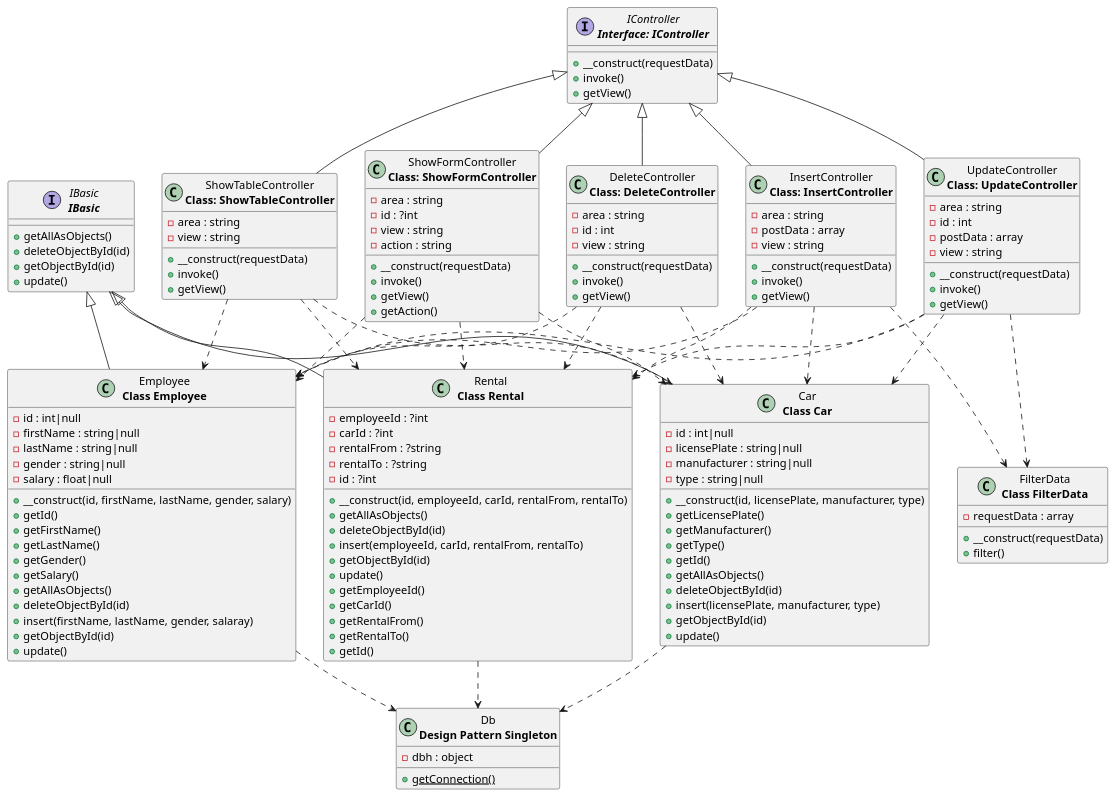
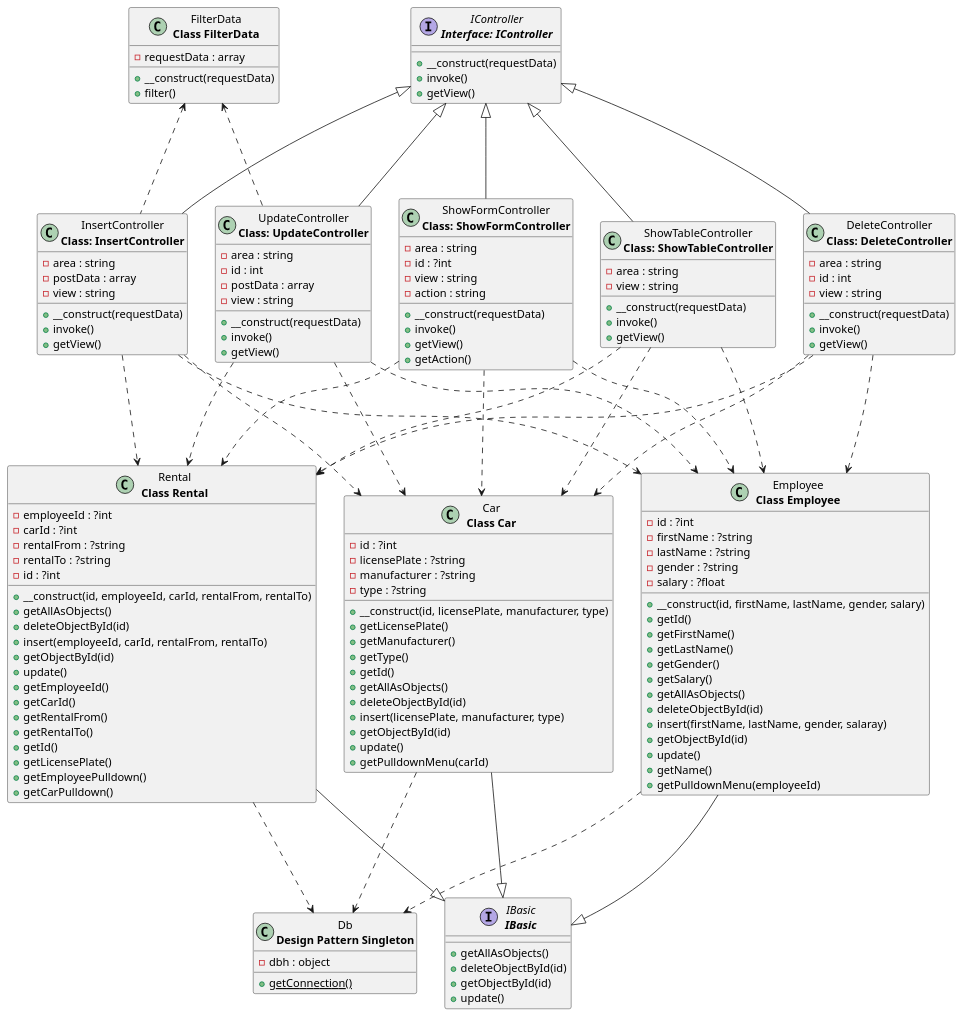
Before and after one commit to 23b00t/company: the diagram in doc/uml_classes.puml, drawn with PlantUML. The commit also changed 2 other files, not shown here.

Commit message:
updated UML class diagram and generated .png

```diff
--- a/doc/uml_classes.puml
+++ b/doc/uml_classes.puml
@@ -1,144 +1,150 @@
 @startuml
   class "Employee\n<b>Class Employee</b>" as Employee {
-    -id : int|null
-    -firstName : string|null
-    -lastName : string|null
-    -gender : string|null
-    -salary : float|null
+    -id : ?int
+    -firstName : ?string
+    -lastName : ?string
+    -gender : ?string
+    -salary : ?float
     +__construct(id, firstName, lastName, gender, salary)
     +getId()
     +getFirstName()
     +getLastName()
     +getGender()
     +getSalary()
     +getAllAsObjects()
     +deleteObjectById(id)
     +insert(firstName, lastName, gender, salaray)
     +getObjectById(id)
     +update()
+    +getName()
+    +getPulldownMenu(employeeId)
   }
   class "Rental\n<b>Class Rental</b>" as Rental {
     -employeeId : ?int
     -carId : ?int
     -rentalFrom : ?string
     -rentalTo : ?string
     -id : ?int
     +__construct(id, employeeId, carId, rentalFrom, rentalTo)
     +getAllAsObjects()
     +deleteObjectById(id)
     +insert(employeeId, carId, rentalFrom, rentalTo)
     +getObjectById(id)
     +update()
     +getEmployeeId()
     +getCarId()
     +getRentalFrom()
     +getRentalTo()
     +getId()
+    +getLicensePlate()
+    +getEmployeePulldown()
+    +getCarPulldown()
   }
   class "FilterData\n<b>Class FilterData</b>" as FilterData {
     -requestData : array
     +__construct(requestData)
     +filter()
-  }
-  interface "IBasic\n<b>IBasic</b>" as IBasic {
-    +getAllAsObjects()
-    +deleteObjectById(id)
-    +getObjectById(id)
-    +update()
   }
   class "InsertController\n<b>Class: InsertController</b>" as InsertController {
     -area : string
     -postData : array
     -view : string
     +__construct(requestData)
     +invoke()
     +getView()
   }
   interface "IController\n<b>Interface: IController</b>" as IController {
     +__construct(requestData)
     +invoke()
     +getView()
   }
   class "ShowTableController\n<b>Class: ShowTableController</b>" as ShowTableController {
     -area : string
     -view : string
     +__construct(requestData)
     +invoke()
     +getView()
   }
   class "Db\n<b>Design Pattern Singleton</b>" as Db {
     -dbh : object
     {static} +getConnection()
   }
   class "ShowFormController\n<b>Class: ShowFormController</b>" as ShowFormController {
     -area : string
     -id : ?int
     -view : string
     -action : string
     +__construct(requestData)
     +invoke()
     +getView()
     +getAction()
   }
   class "UpdateController\n<b>Class: UpdateController</b>" as UpdateController {
     -area : string
     -id : int
     -postData : array
     -view : string
     +__construct(requestData)
     +invoke()
     +getView()
   }
   class "Car\n<b>Class Car</b>" as Car {
-    -id : int|null
-    -licensePlate : string|null
-    -manufacturer : string|null
-    -type : string|null
+    -id : ?int
+    -licensePlate : ?string
+    -manufacturer : ?string
+    -type : ?string
     +__construct(id, licensePlate, manufacturer, type)
     +getLicensePlate()
     +getManufacturer()
     +getType()
     +getId()
     +getAllAsObjects()
     +deleteObjectById(id)
     +insert(licensePlate, manufacturer, type)
     +getObjectById(id)
     +update()
+    +getPulldownMenu(carId)
   }
   class "DeleteController\n<b>Class: DeleteController</b>" as DeleteController {
     -area : string
     -id : int
     -view : string
     +__construct(requestData)
     +invoke()
     +getView()
   }
-  Car ..> Db
-  DeleteController ..> Car
-  DeleteController ..> Employee
-  DeleteController ..> Rental
-  Employee ..> Db
-  IBasic <|-- Car
-  IBasic <|-- Employee
-  IBasic <|-- Rental
-  IController <|-- DeleteController
-  IController <|-- InsertController
-  IController <|-- ShowFormController
-  IController <|-- ShowTableController
-  IController <|-- UpdateController
-  InsertController ..> Car
-  InsertController ..> Employee
-  InsertController ..> FilterData
-  InsertController ..> Rental
-  Rental ..> Db
-  ShowFormController ..> Car
-  ShowFormController ..> Employee
-  ShowFormController ..> Rental
-  ShowTableController ..> Car
-  ShowTableController ..> Employee
-  ShowTableController ..> Rental
-  UpdateController ..> Car
-  UpdateController ..> Employee
-  UpdateController ..> FilterData
-  UpdateController ..> Rental
+  interface "IBasic\n<b>IBasic</b>" as IBasic {
+    +getAllAsObjects()
+    +deleteObjectById(id)
+    +getObjectById(id)
+    +update()
+  }
+  Car ...> Db
+  DeleteController ...> Car
+  InsertController ...> Car
+  ShowFormController ...> Car
+  ShowTableController ...> Car
+  UpdateController ...> Car
+  DeleteController ...> Employee
+  InsertController ...> Employee
+  ShowFormController ...> Employee
+  ShowTableController ...> Employee
+  UpdateController ...> Employee
+  DeleteController ...> Rental
+  InsertController ...> Rental
+  ShowFormController ...> Rental
+  ShowTableController ...> Rental
+  UpdateController ...> Rental
+  Employee ...> Db
+  IBasic <|-up-- Car
+  IBasic <|-up-- Employee
+  IBasic <|-up-- Rental
+  IController <|--- DeleteController
+  IController <|--- InsertController
+  IController <|--- ShowFormController
+  IController <|--- ShowTableController
+  IController <|--- UpdateController
+  InsertController .up..> FilterData
+  Rental ...> Db
+  UpdateController .up..> FilterData
 @enduml
```
